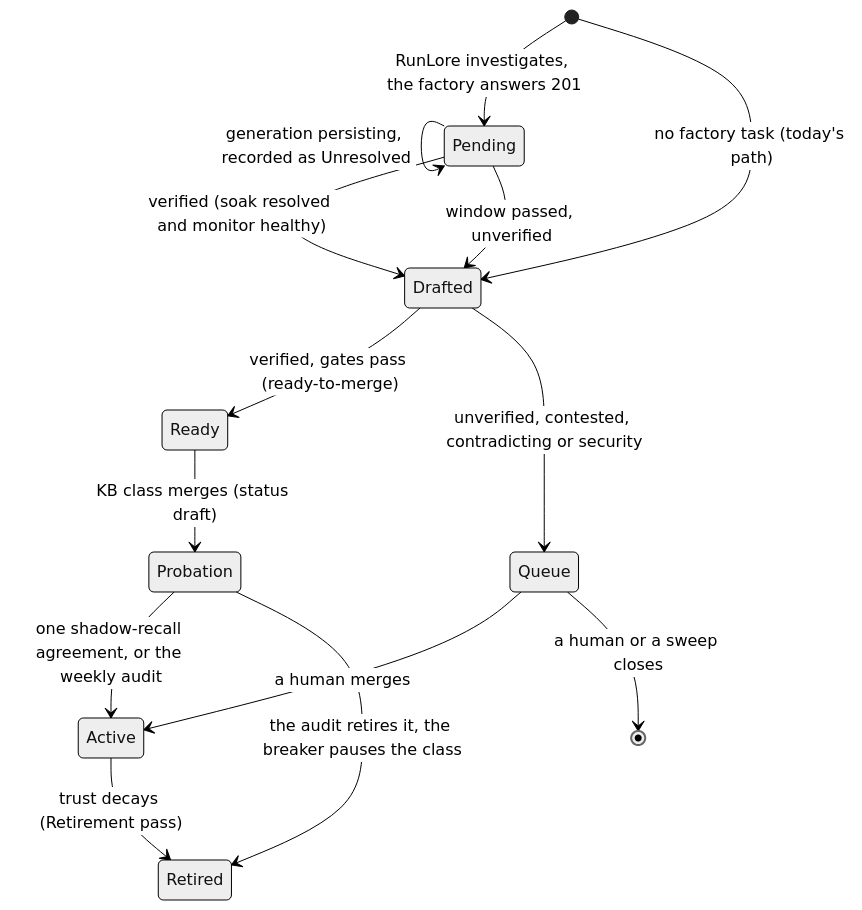
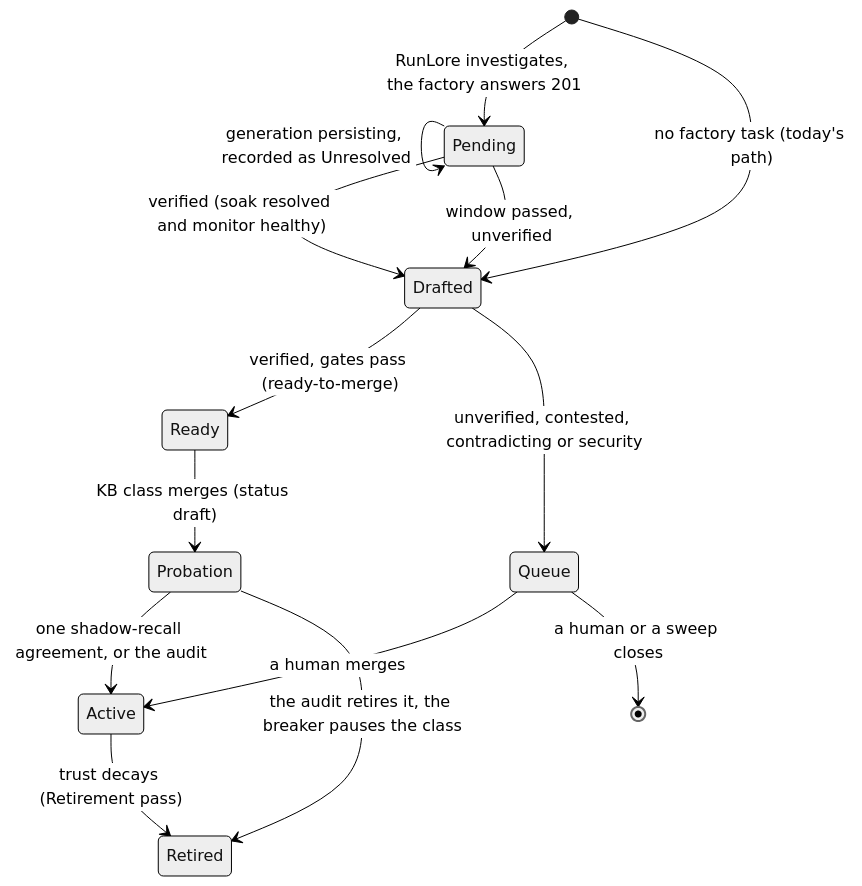
One commit to Smana/ai-native-ref changed the first of 2 diagrams in docs/superpowers/specs/2026-11-03-runlore-kb-from-the-factory-design.md. Above: the diagram before and after it, drawn with Mermaid (neutral theme). The commit also changed other lines of this file and 4 other files, not shown here.

````diff
--- a/docs/superpowers/specs/2026-11-03-runlore-kb-from-the-factory-design.md
+++ b/docs/superpowers/specs/2026-11-03-runlore-kb-from-the-factory-design.md
@@ -72,16 +72,16 @@
 ```mermaid
 stateDiagram-v2
   [*] --> Pending: RunLore investigates, the factory answers 201
   [*] --> Drafted: no factory task (today's path)
   Pending --> Pending: generation persisting, recorded as Unresolved
   Pending --> Drafted: verified (soak resolved and monitor healthy)
   Pending --> Drafted: window passed, unverified
   Drafted --> Ready: verified, gates pass (ready-to-merge)
   Drafted --> Queue: unverified, contested, contradicting or security
   Ready --> Probation: KB class merges (status draft)
   Queue --> Active: a human merges
   Queue --> [*]: a human or a sweep closes
-  Probation --> Active: one shadow-recall agreement, or the weekly audit
+  Probation --> Active: one shadow-recall agreement, or the audit
   Probation --> Retired: the audit retires it, the breaker pauses the class
   Active --> Retired: trust decays (Retirement pass)
 ```
````
